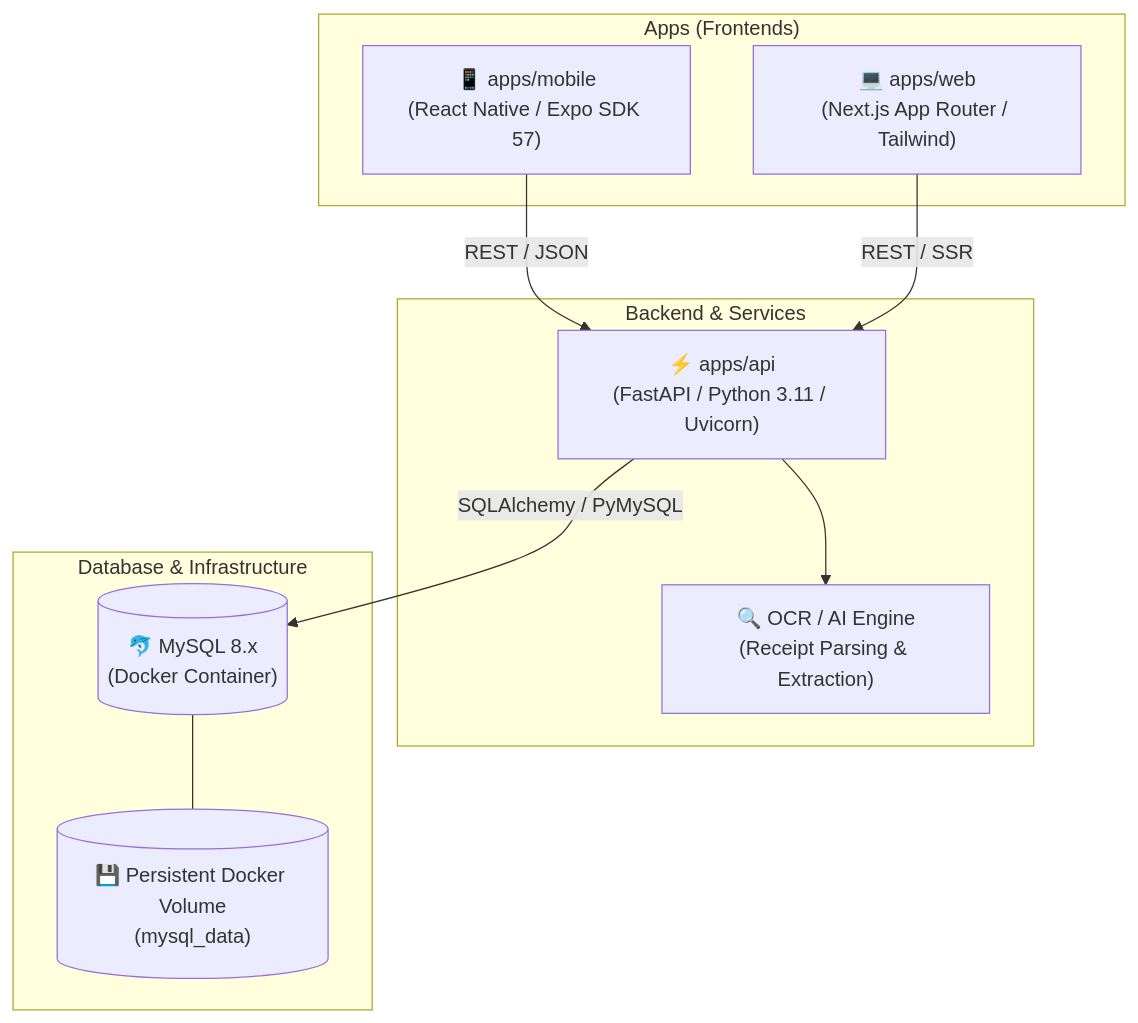
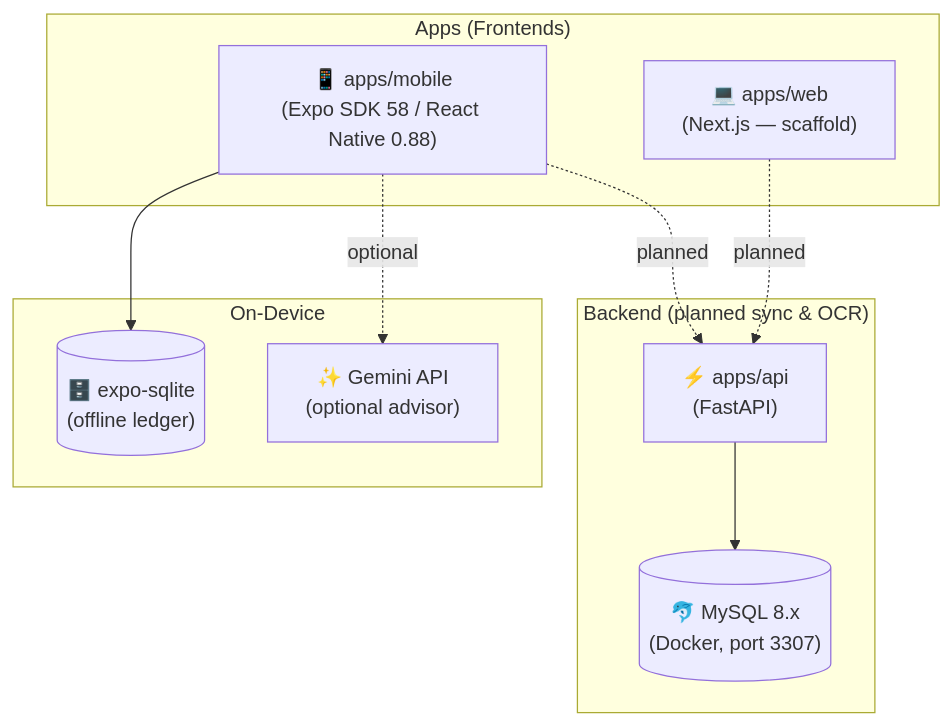
The diagram in README.md (TheGreatL/Finance-Tracker), drawn with Mermaid before and after one commit. The commit also changed other lines of this file, not shown here.

````diff
--- a/README.md
+++ b/README.md
@@ -9,23 +84,23 @@
 ```mermaid
 graph TD
     subgraph Clients ["Apps (Frontends)"]
-        Mobile["📱 apps/mobile<br/>(React Native / Expo SDK 57)"]
-        Web["💻 apps/web<br/>(Next.js App Router / Tailwind)"]
+        Mobile["📱 apps/mobile<br/>(Expo SDK 58 / React Native 0.88)"]
+        Web["💻 apps/web<br/>(Next.js — scaffold)"]
     end
 
-    subgraph Backend ["Backend & Services"]
-        API["⚡ apps/api<br/>(FastAPI / Python 3.11 / Uvicorn)"]
-        OCR["🔍 OCR / AI Engine<br/>(Receipt Parsing & Extraction)"]
+    subgraph Local ["On-Device"]
+        SQLite[("🗄️ expo-sqlite<br/>(offline ledger)")]
+        Gemini["✨ Gemini API<br/>(optional advisor)"]
     end
 
-    subgraph Data ["Database & Infrastructure"]
-        DB[("🐬 MySQL 8.x<br/>(Docker Container)")]
-        Volume[("💾 Persistent Docker Volume<br/>(mysql_data)")]
+    subgraph Backend ["Backend (planned sync & OCR)"]
+        API["⚡ apps/api<br/>(FastAPI)"]
+        DB[("🐬 MySQL 8.x<br/>(Docker, port 3307)")]
     end
 
-    Mobile -->|"REST / JSON"| API
-    Web -->|"REST / SSR"| API
-    API --> OCR
-    API -->|"SQLAlchemy / PyMySQL"| DB
-    DB --- Volume
+    Mobile --> SQLite
+    Mobile -.->|"optional"| Gemini
+    Mobile -.->|"planned"| API
+    Web -.->|"planned"| API
+    API --> DB
 ```
````
